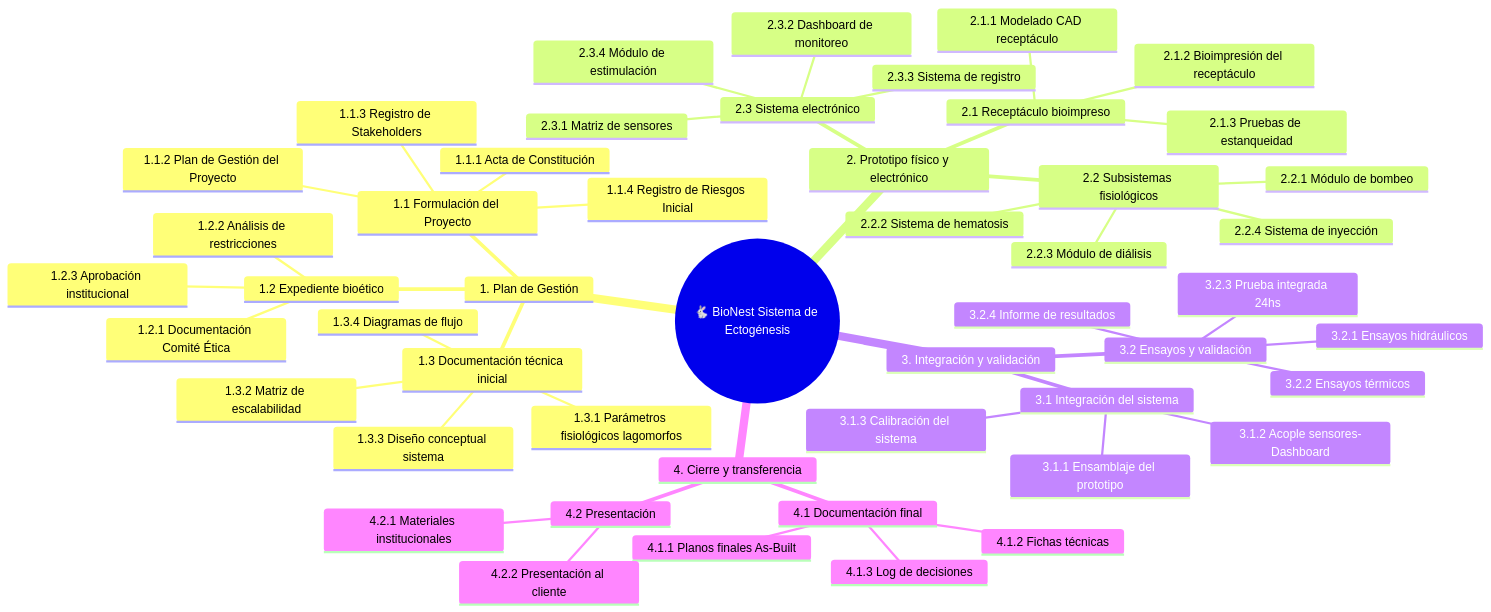
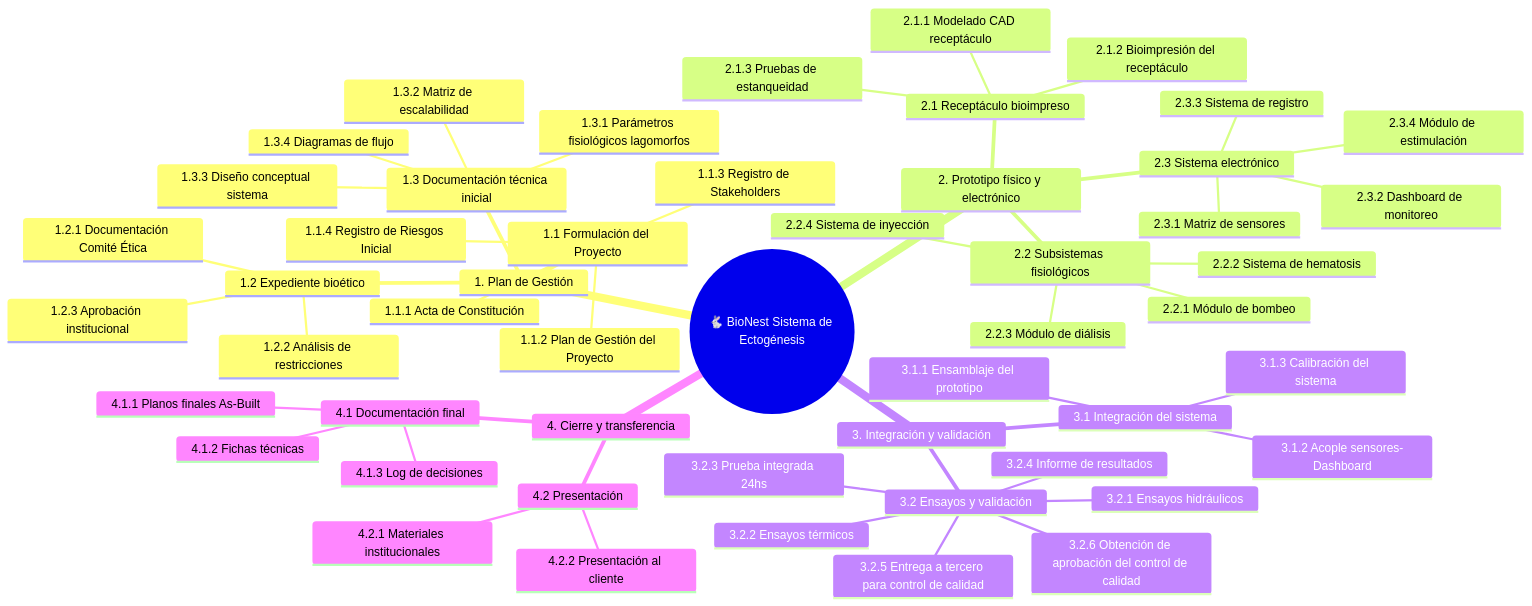
Before and after one commit to sheilariffel/PlandeProyecto_grupo6: the diagram in docs/02-wbs-estimaciones/wbs.md, drawn with Mermaid. The commit also changed other lines of this file, not shown here.

````diff
--- a/docs/02-wbs-estimaciones/wbs.md
+++ b/docs/02-wbs-estimaciones/wbs.md
@@ -5,56 +5,58 @@
 ```mermaid
 mindmap
   root(("🐇 BioNest Sistema de Ectogénesis"))
 
     1. Plan de Gestión
       1.1 Formulación del Proyecto
         1.1.1 Acta de Constitución
         1.1.2 Plan de Gestión del Proyecto
         1.1.3 Registro de Stakeholders
         1.1.4 Registro de Riesgos Inicial
       1.2 Expediente bioético
         1.2.1 Documentación Comité Ética
         1.2.2 Análisis de restricciones
         1.2.3 Aprobación institucional
       1.3 Documentación técnica inicial
         1.3.1 Parámetros fisiológicos lagomorfos
         1.3.2 Matriz de escalabilidad
         1.3.3 Diseño conceptual sistema
         1.3.4 Diagramas de flujo
 
     2. Prototipo físico y electrónico
       2.1 Receptáculo bioimpreso
         2.1.1 Modelado CAD receptáculo
         2.1.2 Bioimpresión del receptáculo
         2.1.3 Pruebas de estanqueidad
       2.2 Subsistemas fisiológicos
         2.2.1 Módulo de bombeo
         2.2.2 Sistema de hematosis
         2.2.3 Módulo de diálisis
         2.2.4 Sistema de inyección
       2.3 Sistema electrónico
         2.3.1 Matriz de sensores
         2.3.2 Dashboard de monitoreo
         2.3.3 Sistema de registro
         2.3.4 Módulo de estimulación
 
     3. Integración y validación
       3.1 Integración del sistema
         3.1.1 Ensamblaje del prototipo
         3.1.2 Acople sensores-Dashboard
         3.1.3 Calibración del sistema
       3.2 Ensayos y validación
         3.2.1 Ensayos hidráulicos
         3.2.2 Ensayos térmicos
         3.2.3 Prueba integrada 24hs
         3.2.4 Informe de resultados
+        3.2.5 Entrega a tercero para control de calidad
+        3.2.6 Obtención de aprobación del control de calidad
 
     4. Cierre y transferencia
       4.1 Documentación final
         4.1.1 Planos finales As-Built
         4.1.2 Fichas técnicas
         4.1.3 Log de decisiones
       4.2 Presentación
         4.2.1 Materiales institucionales
         4.2.2 Presentación al cliente
 ```
````
